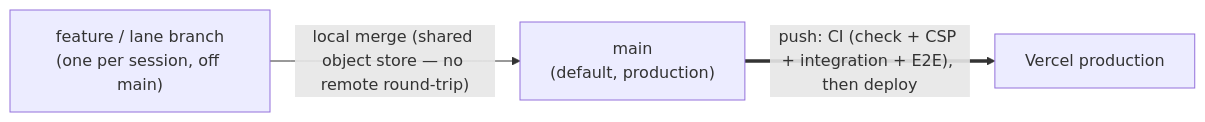
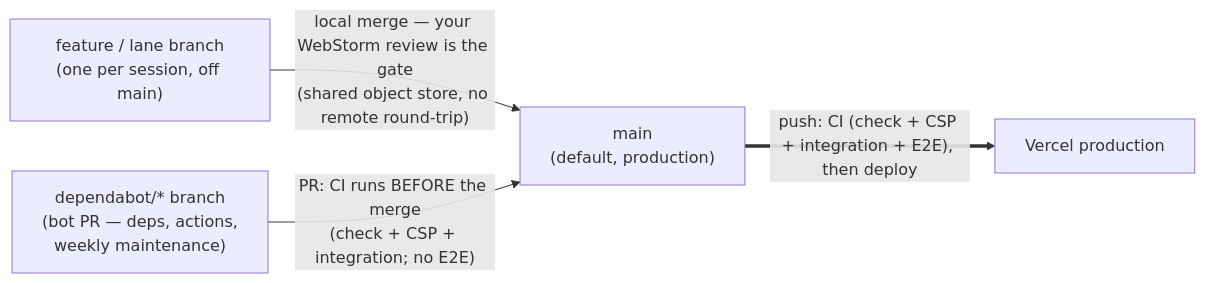
The diagram in docs/diagrams/branch-and-ci-flow.md (andrewpetersondev/nextjs-dashboard), drawn with Mermaid before and after one commit. The commit also changed other lines of this file and 15 other files, not shown here.

````diff
--- a/docs/diagrams/branch-and-ci-flow.md
+++ b/docs/diagrams/branch-and-ci-flow.md
@@ -9,9 +9,11 @@
 ```mermaid
 flowchart LR
     F["feature / lane branch<br/>(one per session, off main)"]
+    BOT["dependabot/* branch<br/>(bot PR — deps, actions,<br/>weekly maintenance)"]
     MAIN["main<br/>(default, production)"]
     PROD["Vercel production"]
 
-    F -->|"local merge (shared object store — no remote round-trip)"| MAIN
+    F -->|"local merge — your WebStorm review is the gate<br/>(shared object store, no remote round-trip)"| MAIN
+    BOT -->|"PR: CI runs BEFORE the merge<br/>(check + CSP + integration; no E2E)"| MAIN
     MAIN ==>|"push: CI (check + CSP + integration + E2E), then deploy"| PROD
 ```
````
